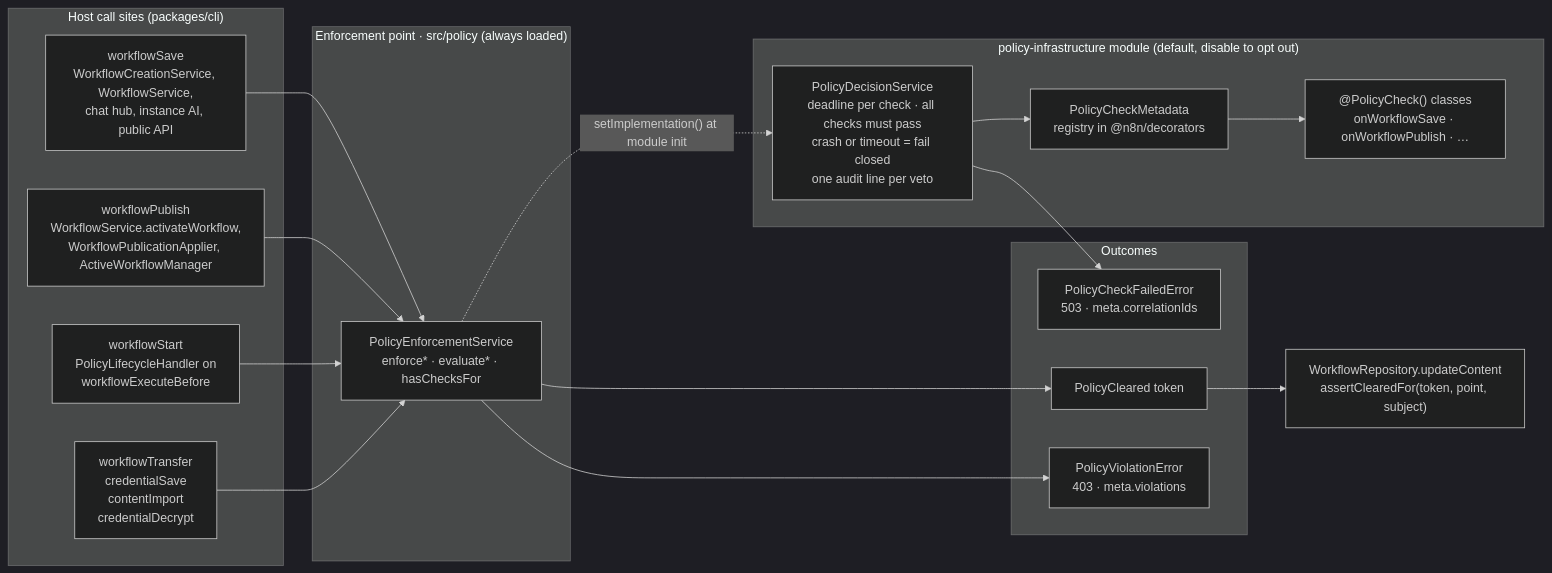
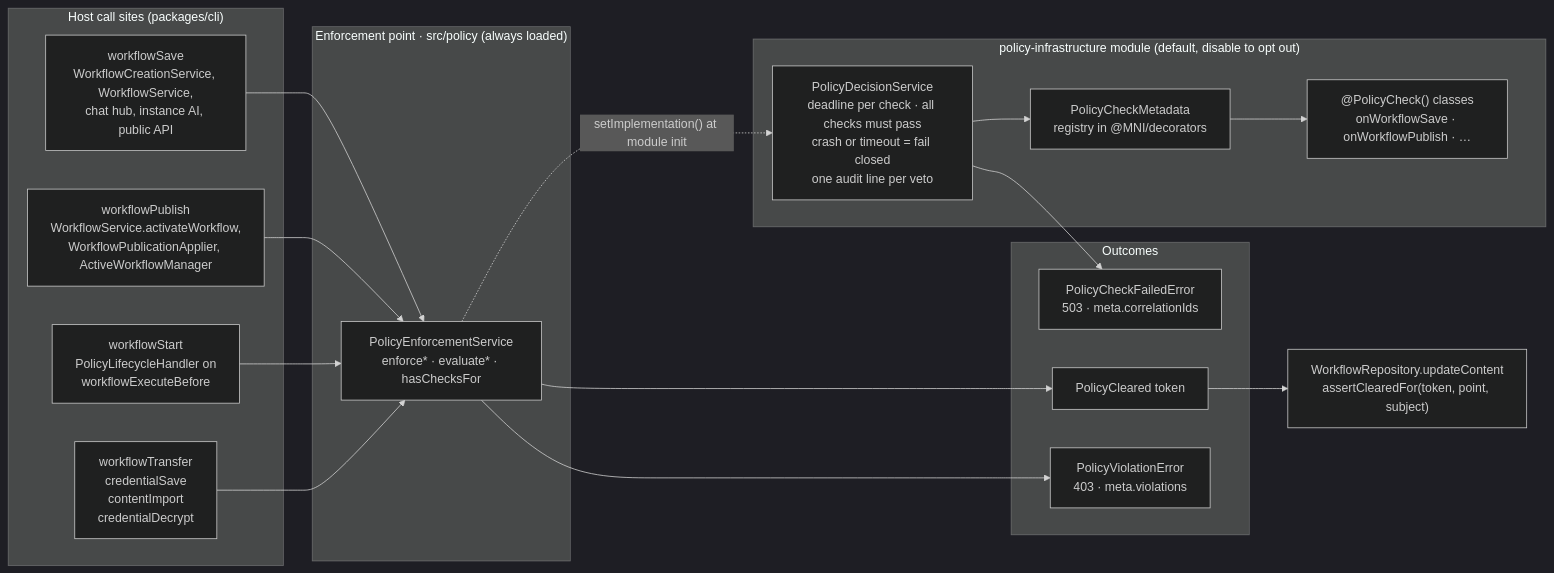
One commit to Rajsingh18110/MNI changed the first of 2 diagrams in packages/cli/src/modules/policy-infrastructure/README.md. Above: the diagram before and after it, drawn with Mermaid (dark theme). The commit also changed other lines of this file and 28029 other files, not shown here.

````diff
--- a/packages/cli/src/modules/policy-infrastructure/README.md
+++ b/packages/cli/src/modules/policy-infrastructure/README.md
@@ -22,34 +22,34 @@
 ```mermaid
 flowchart LR
     subgraph hosts["Host call sites (packages/cli)"]
         save["workflowSave<br/>WorkflowCreationService, WorkflowService,<br/>chat hub, instance AI, public API"]
         publish["workflowPublish<br/>WorkflowService.activateWorkflow,<br/>WorkflowPublicationApplier, ActiveWorkflowManager"]
         start["workflowStart<br/>PolicyLifecycleHandler on<br/>workflowExecuteBefore"]
         other["workflowTransfer<br/>credentialSave<br/>contentImport<br/>credentialDecrypt"]
     end
 
     subgraph pep["Enforcement point · src/policy (always loaded)"]
         pes["PolicyEnforcementService<br/>enforce* · evaluate* · hasChecksFor"]
     end
 
     subgraph module["policy-infrastructure module (default, disable to opt out)"]
         pds["PolicyDecisionService<br/>deadline per check · all checks must pass<br/>crash or timeout = fail closed<br/>one audit line per veto"]
-        registry["PolicyCheckMetadata<br/>registry in @n8n/decorators"]
+        registry["PolicyCheckMetadata<br/>registry in @MNI/decorators"]
         checks["@PolicyCheck() classes<br/>onWorkflowSave · onWorkflowPublish · …"]
     end
 
     subgraph outcomes["Outcomes"]
         cleared["PolicyCleared token"]
         violation["PolicyViolationError<br/>403 · meta.violations"]
         failed["PolicyCheckFailedError<br/>503 · meta.correlationIds"]
     end
 
     repo["WorkflowRepository.updateContent<br/>assertClearedFor(token, point, subject)"]
 
     save & publish & start & other --> pes
     pes -. "setImplementation() at module init" .-> pds
     pds --> registry --> checks
     pes --> cleared --> repo
     pes --> violation
     pds --> failed
 ```
````
